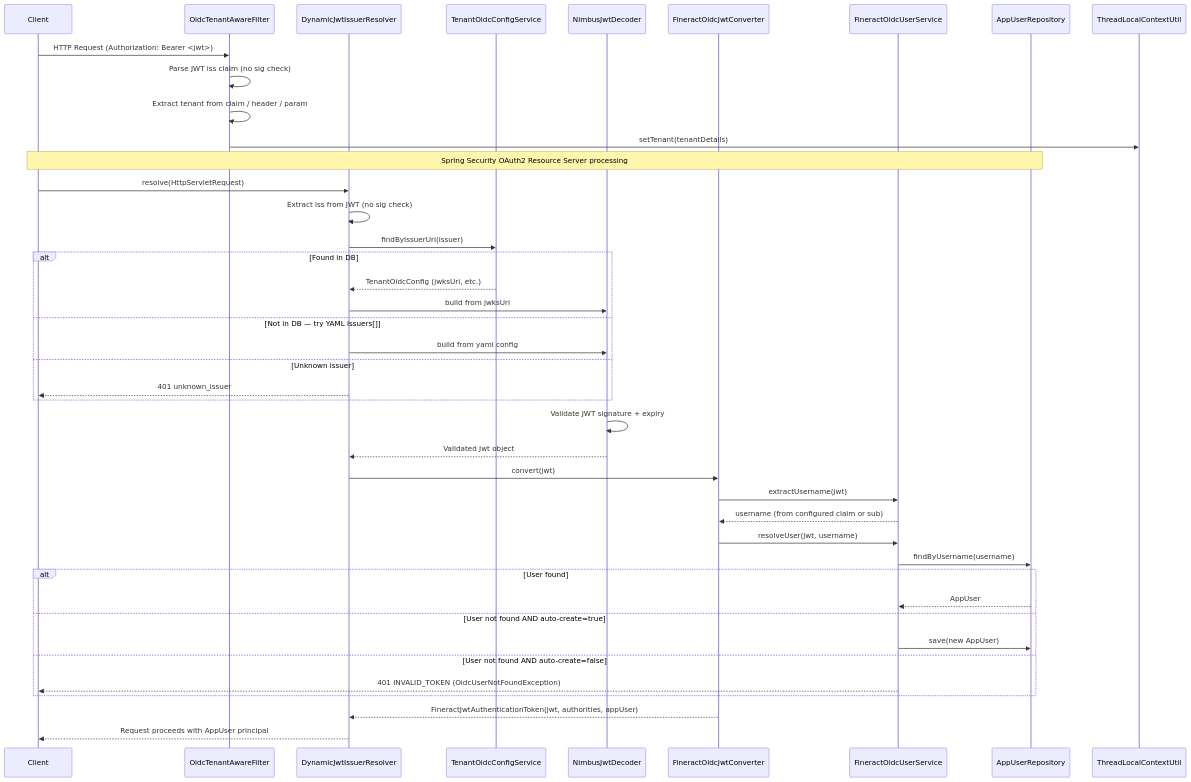
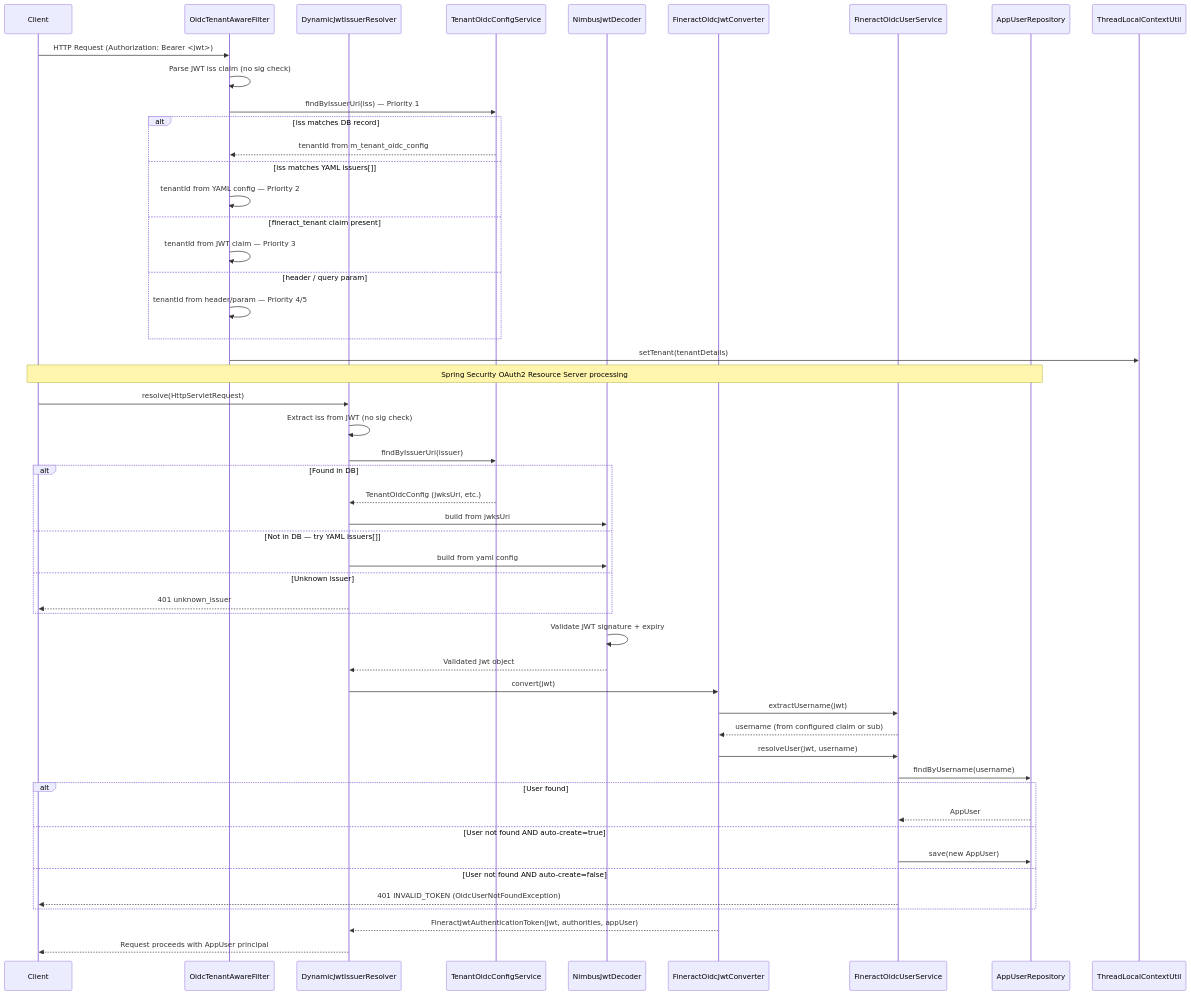
Before and after one commit to mintlify-atlas/docs-wiki-01cea823: the diagram in security/oauth2-oidc.mdx, drawn with Mermaid. The commit also changed other lines of this file and 46 other files, not shown here.

````diff
--- a/security/oauth2-oidc.mdx
+++ b/security/oauth2-oidc.mdx
@@ -298,48 +303,57 @@
 ```mermaid
 sequenceDiagram
     participant Client
     participant OidcTenantAwareFilter
     participant DynamicJwtIssuerResolver
     participant TenantOidcConfigService
     participant NimbusJwtDecoder
     participant FineractOidcJwtConverter
     participant FineractOidcUserService
     participant AppUserRepository
 
     Client->>OidcTenantAwareFilter: HTTP Request (Authorization: Bearer <jwt>)
     OidcTenantAwareFilter->>OidcTenantAwareFilter: Parse JWT iss claim (no sig check)
-    OidcTenantAwareFilter->>OidcTenantAwareFilter: Extract tenant from claim / header / param
+    OidcTenantAwareFilter->>TenantOidcConfigService: findByIssuerUri(iss) — Priority 1
+    alt iss matches DB record
+        TenantOidcConfigService-->>OidcTenantAwareFilter: tenantId from m_tenant_oidc_config
+    else iss matches YAML issuers[]
+        OidcTenantAwareFilter->>OidcTenantAwareFilter: tenantId from YAML config — Priority 2
+    else fineract_tenant claim present
+        OidcTenantAwareFilter->>OidcTenantAwareFilter: tenantId from JWT claim — Priority 3
+    else header / query param
+        OidcTenantAwareFilter->>OidcTenantAwareFilter: tenantId from header/param — Priority 4/5
+    end
     OidcTenantAwareFilter->>ThreadLocalContextUtil: setTenant(tenantDetails)
 
     Note over Client,AppUserRepository: Spring Security OAuth2 Resource Server processing
 
     Client->>DynamicJwtIssuerResolver: resolve(HttpServletRequest)
     DynamicJwtIssuerResolver->>DynamicJwtIssuerResolver: Extract iss from JWT (no sig check)
     DynamicJwtIssuerResolver->>TenantOidcConfigService: findByIssuerUri(issuer)
     alt Found in DB
         TenantOidcConfigService-->>DynamicJwtIssuerResolver: TenantOidcConfig (jwksUri, etc.)
         DynamicJwtIssuerResolver->>NimbusJwtDecoder: build from jwksUri
     else Not in DB — try YAML issuers[]
         DynamicJwtIssuerResolver->>NimbusJwtDecoder: build from yaml config
     else Unknown issuer
         DynamicJwtIssuerResolver-->>Client: 401 unknown_issuer
     end
 
     NimbusJwtDecoder->>NimbusJwtDecoder: Validate JWT signature + expiry
     NimbusJwtDecoder-->>DynamicJwtIssuerResolver: Validated Jwt object
 
     DynamicJwtIssuerResolver->>FineractOidcJwtConverter: convert(jwt)
     FineractOidcJwtConverter->>FineractOidcUserService: extractUsername(jwt)
     FineractOidcUserService-->>FineractOidcJwtConverter: username (from configured claim or sub)
     FineractOidcJwtConverter->>FineractOidcUserService: resolveUser(jwt, username)
     FineractOidcUserService->>AppUserRepository: findByUsername(username)
     alt User found
         AppUserRepository-->>FineractOidcUserService: AppUser
     else User not found AND auto-create=true
         FineractOidcUserService->>AppUserRepository: save(new AppUser)
     else User not found AND auto-create=false
         FineractOidcUserService-->>Client: 401 INVALID_TOKEN (OidcUserNotFoundException)
     end
     FineractOidcJwtConverter-->>DynamicJwtIssuerResolver: FineractJwtAuthenticationToken(jwt, authorities, appUser)
     DynamicJwtIssuerResolver-->>Client: Request proceeds with AppUser principal
 ```
````
